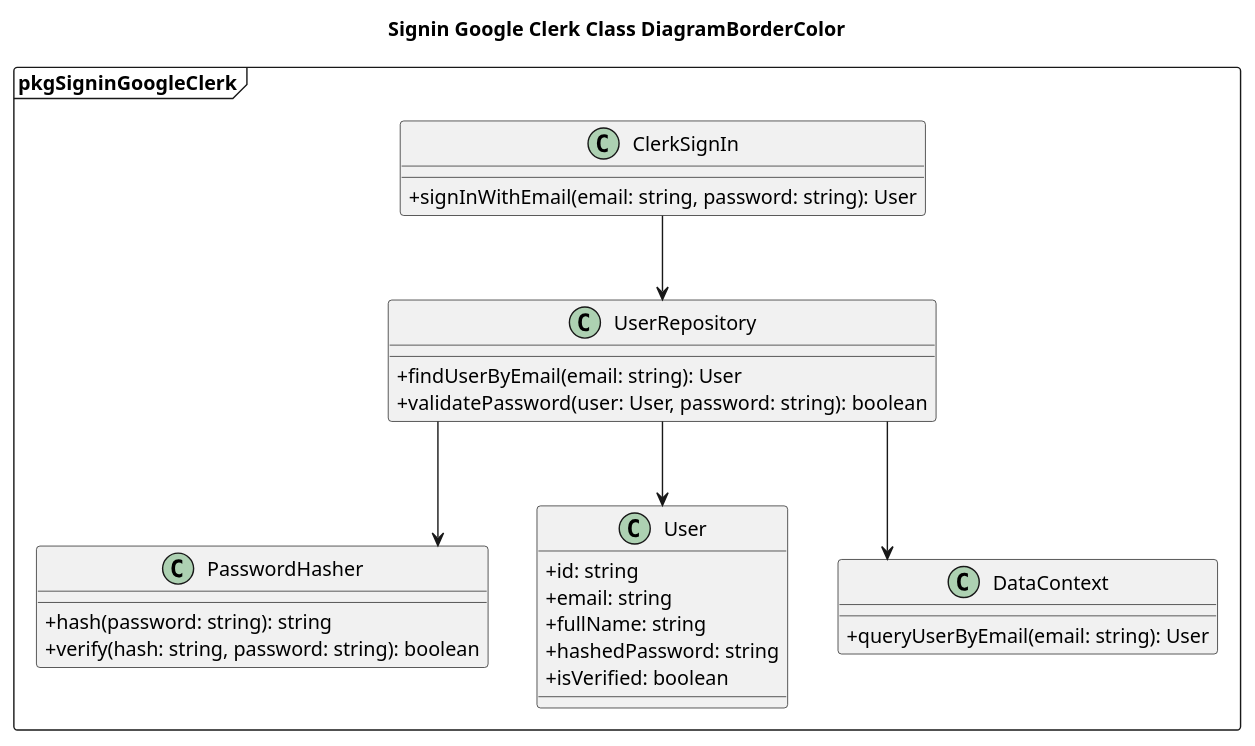
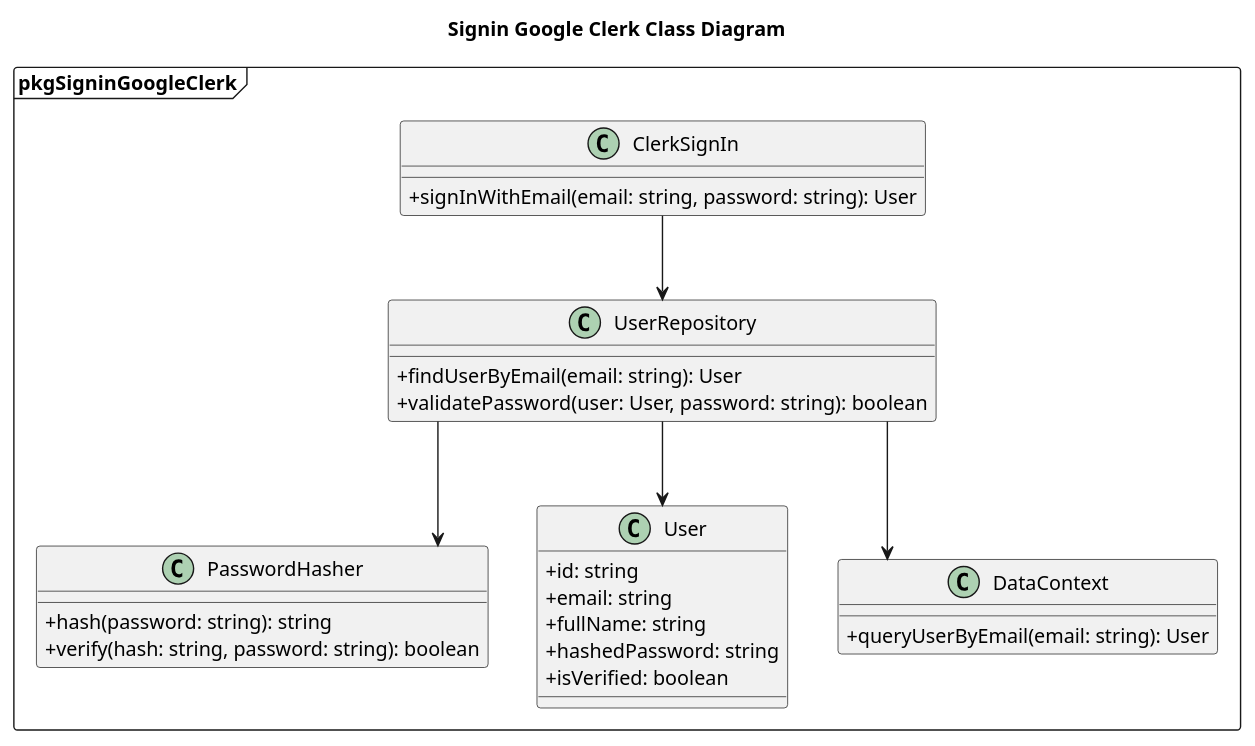
The diagram in ClassDiagram/Authentication/SigninByEmailClassDiagram.plantuml (Caothuludau/InSyncDocument), drawn with PlantUML before and after one commit. The commit also changed 132 other files, not shown here.

```diff
--- a/ClassDiagram/Authentication/SigninByEmailClassDiagram.plantuml
+++ b/ClassDiagram/Authentication/SigninByEmailClassDiagram.plantuml
@@ -1,39 +1,39 @@
 @startuml SigninByEmailClerk
-Title Signin Google Clerk Class DiagramBorderColor
+Title Signin Google Clerk Class Diagram
 skinparam classAttributeIconSize 0
 skinparam linetype ortho
 ' Lớp chính xử lý sign-in
 package pkgSigninGoogleClerk <<Frame>>{
     class ClerkSignIn {
     + signInWithEmail(email: string, password: string): User
     }
 
     class UserRepository {
     + findUserByEmail(email: string): User
     + validatePassword(user: User, password: string): boolean
     }
 
     class PasswordHasher {
     + hash(password: string): string
     + verify(hash: string, password: string): boolean
     }
 
     class User {
     + id: string
     + email: string
     + fullName: string
     + hashedPassword: string
     + isVerified: boolean
     }
 
     class DataContext {
     + queryUserByEmail(email: string): User
     }
 
     ' Relationships
     ClerkSignIn --> UserRepository
     UserRepository --> PasswordHasher
     UserRepository --> User
     UserRepository --> DataContext
 }
 @enduml
```
